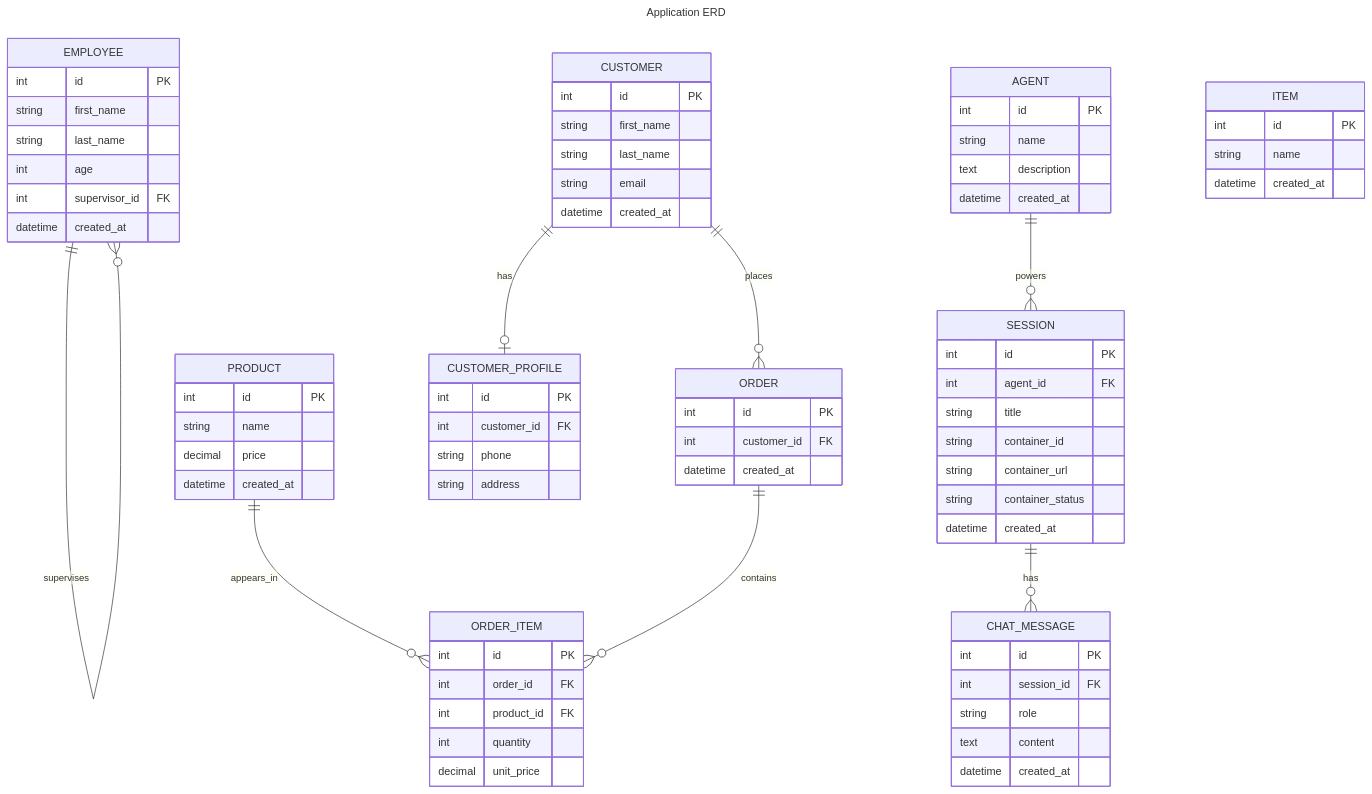
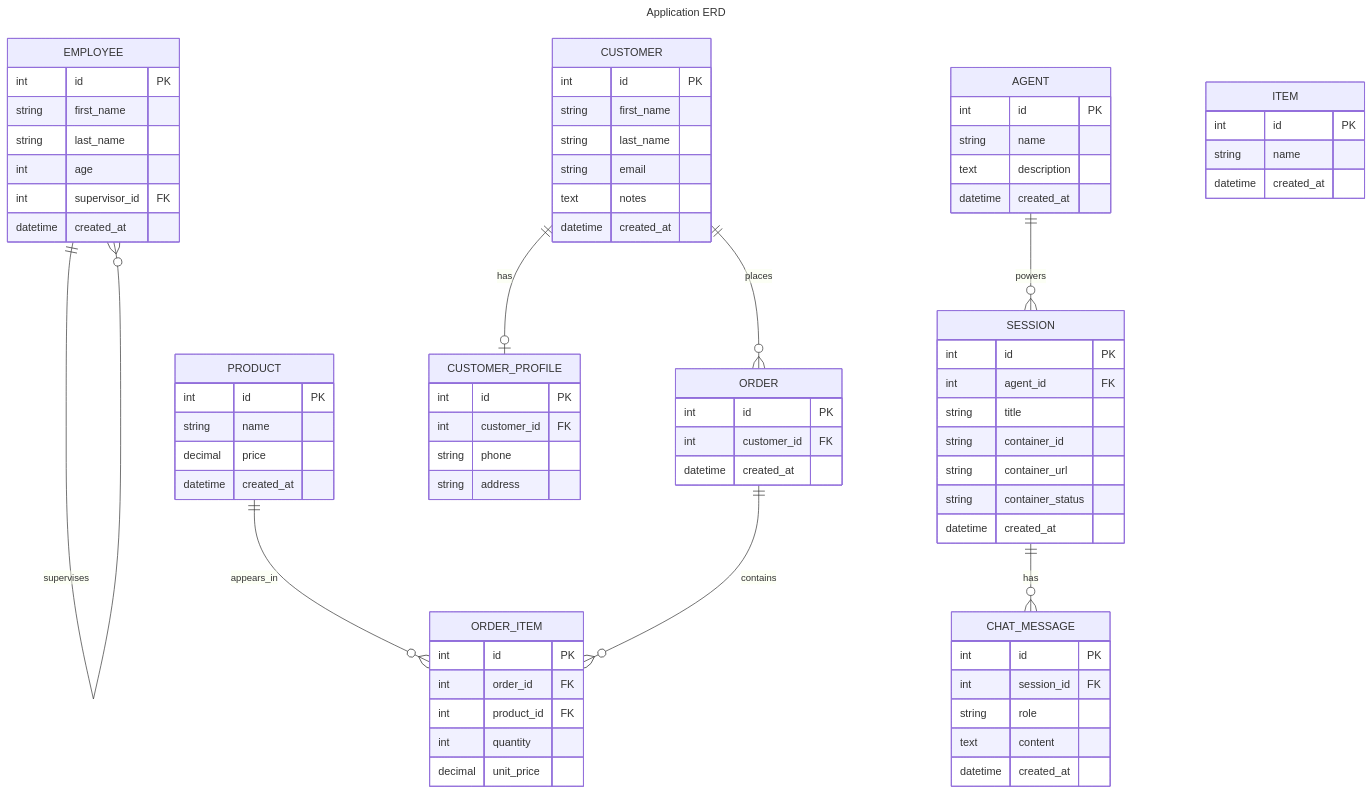
Before and after one commit to testery/workshop-testcon-2026: the diagram in docs/ERD.md, drawn with Mermaid. The commit also changed 10 other files, not shown here.

```diff
--- a/docs/ERD.md
+++ b/docs/ERD.md
@@ -34,6 +34,7 @@
         string first_name
         string last_name
         string email
+        text notes
         datetime created_at
     }
 
```
